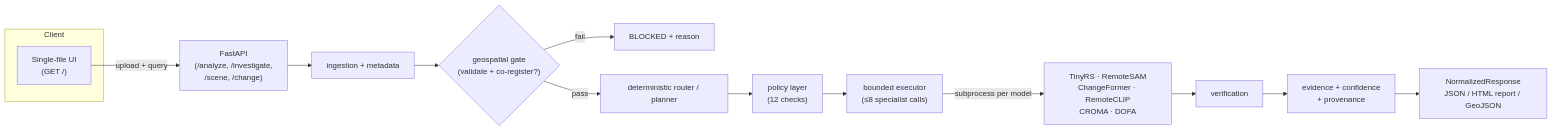
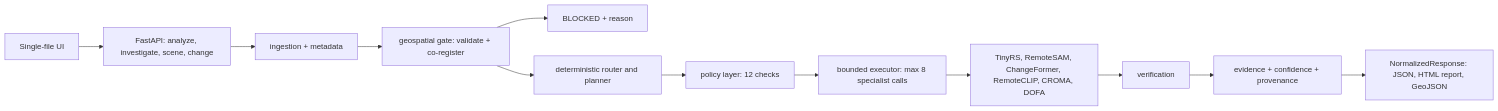
One commit to omkarp-21/SatQuery-AI changed the diagram in README.md. Above: the diagram before and after it, drawn with Mermaid.

Commit message:
docs: simplify mermaid diagram to GitHub-safe ASCII subset

````diff
--- a/README.md
+++ b/README.md
@@ -19,17 +19,27 @@
 ```mermaid
 flowchart LR
-    subgraph Client
-        UI["Single-file UI<br/>(GET /)"]
-    end
-    UI -->|upload + query| API["FastAPI<br/>(/analyze, /investigate,<br/>/scene, /change)"]
-    API --> ING["ingestion + metadata"]
-    ING --> GEO1{"geospatial gate<br/>(validate + co-register?)"}
-    GEO1 -->|fail| BLOCKED["BLOCKED + reason"]
-    GEO1 -->|pass| ROUTE["deterministic router / planner"]
-    ROUTE --> POL["policy layer<br/>(12 checks)"]
-    POL --> EXEC["bounded executor<br/>(≤8 specialist calls)"]
-    EXEC -->|subprocess per model| MODELS["TinyRS · RemoteSAM<br/>ChangeFormer · RemoteCLIP<br/>CROMA · DOFA"]
-    MODELS --> VER["verification"]
-    VER --> EV["evidence + confidence<br/>+ provenance"]
-    EV --> OUT["NormalizedResponse<br/>JSON / HTML report / GeoJSON"]
+    UI["Single-file UI"]
+    API["FastAPI: analyze, investigate, scene, change"]
+    ING["ingestion + metadata"]
+    GEO["geospatial gate: validate + co-register"]
+    BLOCKED["BLOCKED + reason"]
+    ROUTE["deterministic router and planner"]
+    POL["policy layer: 12 checks"]
+    EXEC["bounded executor: max 8 specialist calls"]
+    MODELS["TinyRS, RemoteSAM, ChangeFormer, RemoteCLIP, CROMA, DOFA"]
+    VER["verification"]
+    EV["evidence + confidence + provenance"]
+    OUT["NormalizedResponse: JSON, HTML report, GeoJSON"]
+
+    UI --> API
+    API --> ING
+    ING --> GEO
+    GEO --> BLOCKED
+    GEO --> ROUTE
+    ROUTE --> POL
+    POL --> EXEC
+    EXEC --> MODELS
+    MODELS --> VER
+    VER --> EV
+    EV --> OUT
 ```
````
